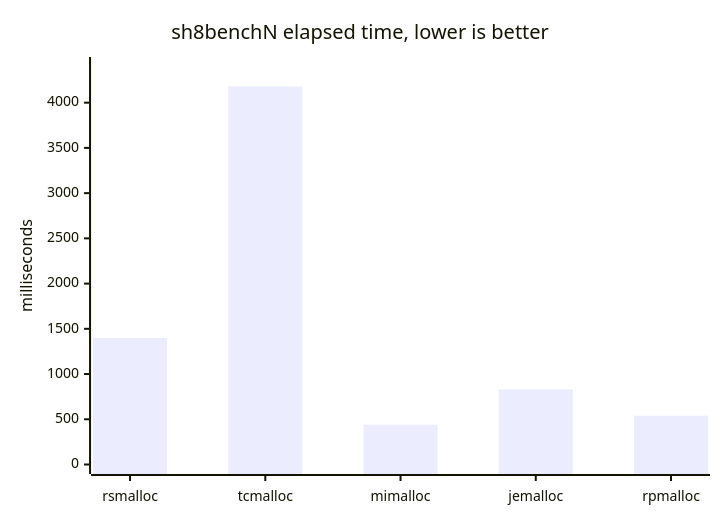
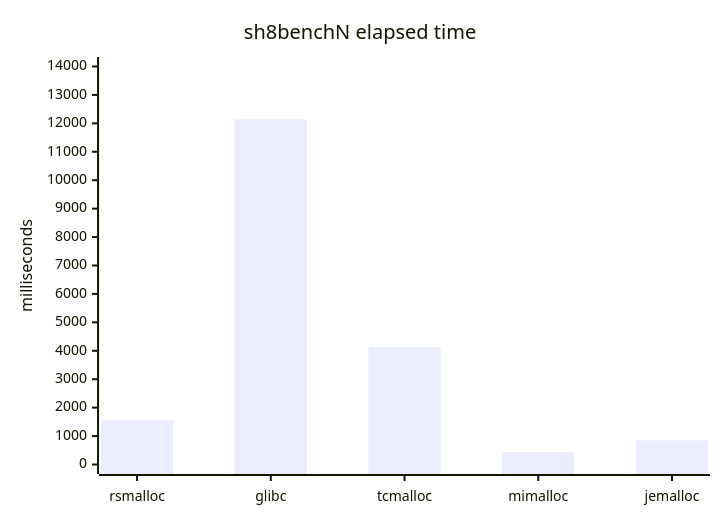
The seventh of 8 diagrams in benchmarks/benchmarks.md (Metehan120/rsmalloc), drawn with Mermaid before and after one commit. The commit also changed other lines of this file and 171 other files, not shown here.

````diff
--- a/benchmarks/benchmarks.md
+++ b/benchmarks/benchmarks.md
@@ -164,7 +133,7 @@
 ```mermaid
 xychart-beta
-    title "sh8benchN elapsed time, lower is better"
-    x-axis [rsmalloc, tcmalloc, mimalloc, jemalloc, rpmalloc]
-    y-axis "milliseconds" 0 --> 4400
-    bar [1400, 4180, 440, 830, 540]
+    title "sh8benchN elapsed time"
+    x-axis [rsmalloc, glibc, tcmalloc, mimalloc, jemalloc]
+    y-axis "milliseconds" 0 --> 14000
+    bar [1575, 12140, 4125, 440, 850]
 ```
````
